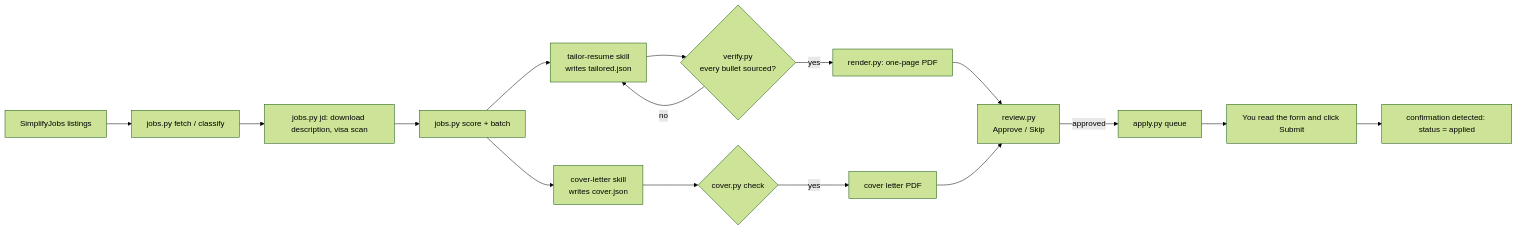
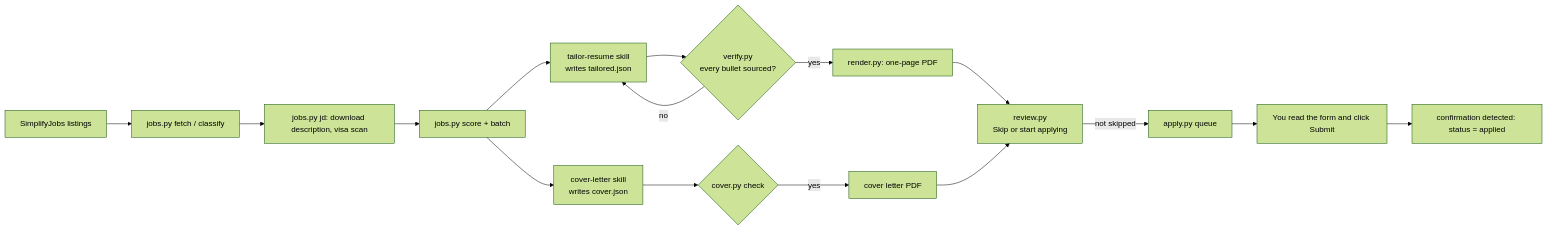
Before and after one commit to kunalagarrwal/employMint: the first of 2 diagrams in docs/ARCHITECTURE.md, drawn with Mermaid (forest theme). The commit also changed 17 other files, not shown here.

````diff
--- a/docs/ARCHITECTURE.md
+++ b/docs/ARCHITECTURE.md
@@ -9,18 +9,18 @@
 ```mermaid
 flowchart LR
     S[SimplifyJobs listings] --> F[jobs.py fetch / classify]
     F --> J[jobs.py jd: download description, visa scan]
     J --> SC[jobs.py score + batch]
     SC --> T[tailor-resume skill<br/>writes tailored.json]
     T --> V{verify.py<br/>every bullet sourced?}
     V -- no --> T
     V -- yes --> R[render.py: one-page PDF]
     SC --> CL[cover-letter skill<br/>writes cover.json]
     CL --> CC{cover.py check}
     CC -- yes --> CP[cover letter PDF]
-    R --> RV[review.py<br/>Approve / Skip]
+    R --> RV[review.py<br/>Skip or start applying]
     CP --> RV
-    RV -- approved --> Q[apply.py queue]
+    RV -- not skipped --> Q[apply.py queue]
     Q --> K[You read the form and click Submit]
     K --> D[confirmation detected: status = applied]
 ```
````
